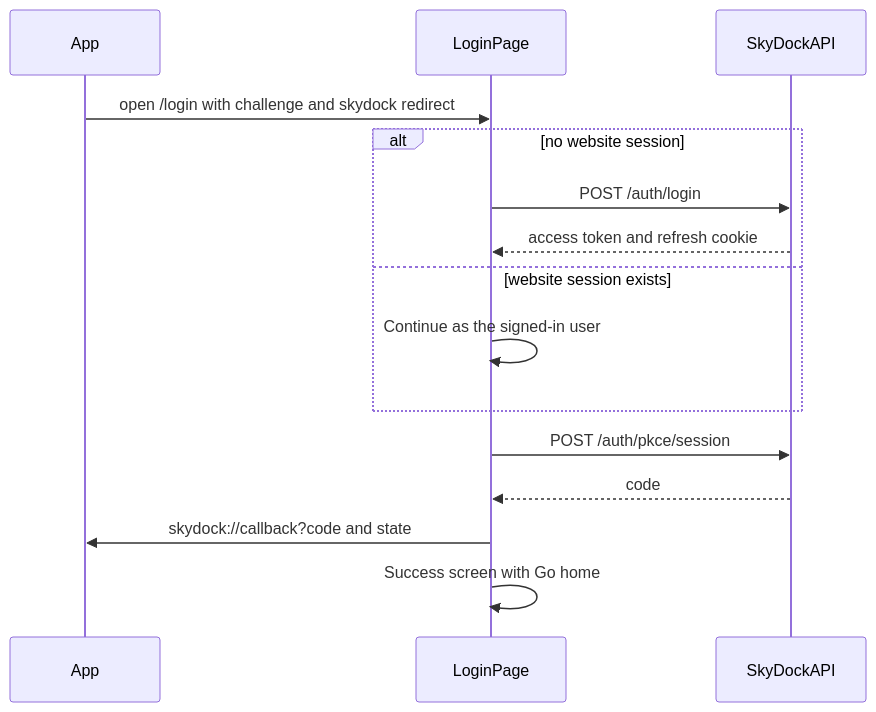
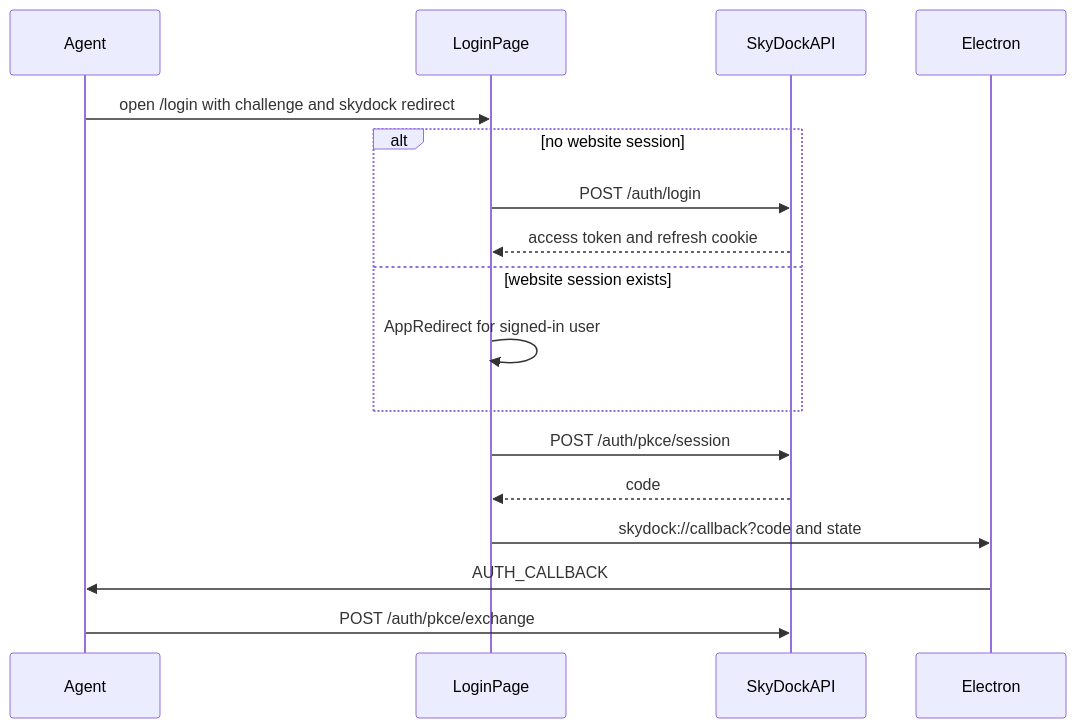
The diagram in apps/web/docs/pkce.md (nayan-bagale/SkyDock), drawn with Mermaid before and after one commit. The commit also changed other lines of this file and 6 other files, not shown here.

Commit message:
feat: enhance PKCE flow for desktop app integration, update documentation, and remove unused authorization code schema

````diff
--- a/apps/web/docs/pkce.md
+++ b/apps/web/docs/pkce.md
@@ -30,17 +32,19 @@
 ```mermaid
 sequenceDiagram
-  participant App
+  participant Agent
   participant Login as LoginPage
   participant API as SkyDockAPI
-  App->>Login: open /login with challenge and skydock redirect
+  participant Desktop as Electron
+  Agent->>Login: open /login with challenge and skydock redirect
   alt no website session
     Login->>API: POST /auth/login
     API-->>Login: access token and refresh cookie
   else website session exists
-    Login->>Login: Continue as the signed-in user
+    Login->>Login: AppRedirect for signed-in user
   end
   Login->>API: POST /auth/pkce/session
   API-->>Login: code
-  Login->>App: skydock://callback?code and state
-  Login->>Login: Success screen with Go home
+  Login->>Desktop: skydock://callback?code and state
+  Desktop->>Agent: AUTH_CALLBACK
+  Agent->>API: POST /auth/pkce/exchange
 ```
````
